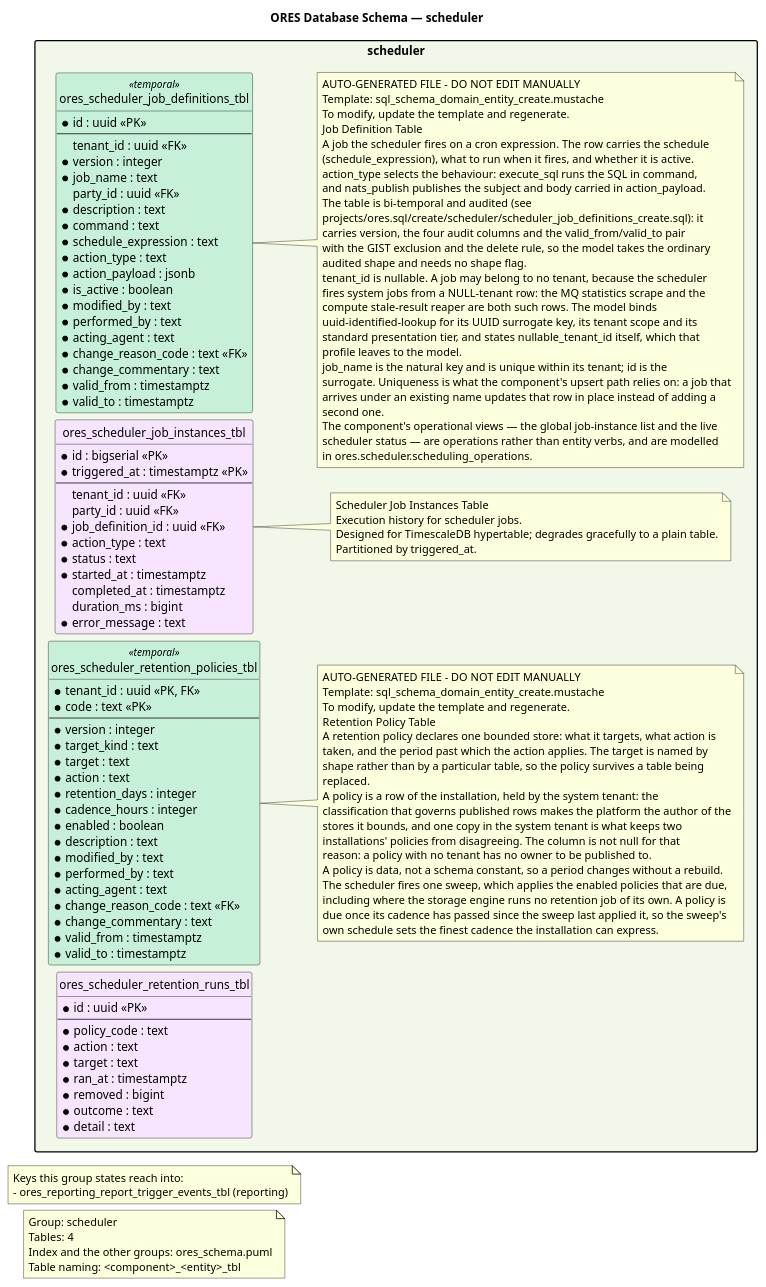
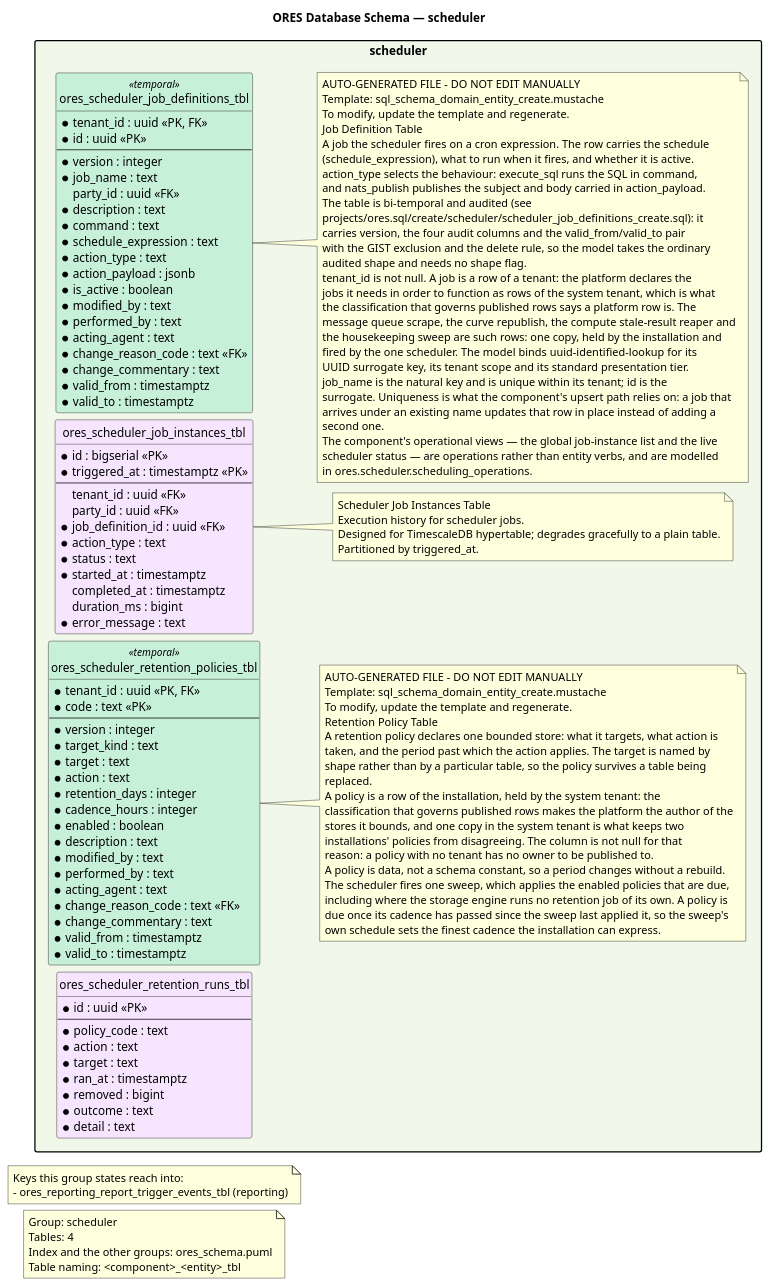
One commit to OreStudio/OreStudio changed the diagram in projects/ores.sql/modeling/ores_schema.scheduler.puml. Above: the diagram before and after it, drawn with PlantUML. The commit also changed 13 other files, not shown here.

```diff
--- a/projects/ores.sql/modeling/ores_schema.scheduler.puml
+++ b/projects/ores.sql/modeling/ores_schema.scheduler.puml
@@ -21,166 +21,167 @@
 @startuml
 
 title ORES Database Schema — scheduler
 hide circle
 skinparam linetype ortho
 
 ' Layout: left-to-right stacks packages vertically
 left to right direction
 skinparam packageStyle rectangle
 skinparam nodesep 8
 skinparam ranksep 20
 
 note as GroupNote
 Group: scheduler
 Tables: 4
 Index and the other groups: ores_schema.puml
 Table naming: <component>_<entity>_tbl
 end note
 
 note as OtherGroups
 Keys this group states reach into:
 - ores_reporting_report_trigger_events_tbl (reporting)
 end note
 
 '
 ' ==================== scheduler (Job Scheduler) ====================
 '
 package "scheduler" #F1F8E9 {
     entity ores_scheduler_job_definitions_tbl <<temporal>> #C6F0D8 {
+        * tenant_id : uuid <<PK, FK>>
         * id : uuid <<PK>>
         --
-          tenant_id : uuid <<FK>>
         * version : integer
         * job_name : text
           party_id : uuid <<FK>>
         * description : text
         * command : text
         * schedule_expression : text
         * action_type : text
         * action_payload : jsonb
         * is_active : boolean
         * modified_by : text
         * performed_by : text
         * acting_agent : text
         * change_reason_code : text <<FK>>
         * change_commentary : text
         * valid_from : timestamptz
         * valid_to : timestamptz
     }
 
     note right of ores_scheduler_job_definitions_tbl
     AUTO-GENERATED FILE - DO NOT EDIT MANUALLY
     Template: sql_schema_domain_entity_create.mustache
     To modify, update the template and regenerate.
     Job Definition Table
     A job the scheduler fires on a cron expression. The row carries the schedule
     (schedule_expression), what to run when it fires, and whether it is active.
     action_type selects the behaviour: execute_sql runs the SQL in command,
     and nats_publish publishes the subject and body carried in action_payload.
     The table is bi-temporal and audited (see
     projects/ores.sql/create/scheduler/scheduler_job_definitions_create.sql): it
     carries version, the four audit columns and the valid_from/valid_to pair
     with the GIST exclusion and the delete rule, so the model takes the ordinary
     audited shape and needs no shape flag.
-    tenant_id is nullable. A job may belong to no tenant, because the scheduler
-    fires system jobs from a NULL-tenant row: the MQ statistics scrape and the
-    compute stale-result reaper are both such rows. The model binds
-    uuid-identified-lookup for its UUID surrogate key, its tenant scope and its
-    standard presentation tier, and states nullable_tenant_id itself, which that
-    profile leaves to the model.
+    tenant_id is not null. A job is a row of a tenant: the platform declares the
+    jobs it needs in order to function as rows of the system tenant, which is what
+    the classification that governs published rows says a platform row is. The
+    message queue scrape, the curve republish, the compute stale-result reaper and
+    the housekeeping sweep are such rows: one copy, held by the installation and
+    fired by the one scheduler. The model binds uuid-identified-lookup for its
+    UUID surrogate key, its tenant scope and its standard presentation tier.
     job_name is the natural key and is unique within its tenant; id is the
     surrogate. Uniqueness is what the component's upsert path relies on: a job that
     arrives under an existing name updates that row in place instead of adding a
     second one.
     The component's operational views — the global job-instance list and the live
     scheduler status — are operations rather than entity verbs, and are modelled
     in ores.scheduler.scheduling_operations.
     end note
 
     entity ores_scheduler_job_instances_tbl  #F7E5FF {
         * id : bigserial <<PK>>
         * triggered_at : timestamptz <<PK>>
         --
           tenant_id : uuid <<FK>>
           party_id : uuid <<FK>>
         * job_definition_id : uuid <<FK>>
         * action_type : text
         * status : text
         * started_at : timestamptz
           completed_at : timestamptz
           duration_ms : bigint
         * error_message : text
     }
 
     note right of ores_scheduler_job_instances_tbl
     Scheduler Job Instances Table
     Execution history for scheduler jobs.
     Designed for TimescaleDB hypertable; degrades gracefully to a plain table.
     Partitioned by triggered_at.
     end note
 
     entity ores_scheduler_retention_policies_tbl <<temporal>> #C6F0D8 {
         * tenant_id : uuid <<PK, FK>>
         * code : text <<PK>>
         --
         * version : integer
         * target_kind : text
         * target : text
         * action : text
         * retention_days : integer
         * cadence_hours : integer
         * enabled : boolean
         * description : text
         * modified_by : text
         * performed_by : text
         * acting_agent : text
         * change_reason_code : text <<FK>>
         * change_commentary : text
         * valid_from : timestamptz
         * valid_to : timestamptz
     }
 
     note right of ores_scheduler_retention_policies_tbl
     AUTO-GENERATED FILE - DO NOT EDIT MANUALLY
     Template: sql_schema_domain_entity_create.mustache
     To modify, update the template and regenerate.
     Retention Policy Table
     A retention policy declares one bounded store: what it targets, what action is
     taken, and the period past which the action applies. The target is named by
     shape rather than by a particular table, so the policy survives a table being
     replaced.
     A policy is a row of the installation, held by the system tenant: the
     classification that governs published rows makes the platform the author of the
     stores it bounds, and one copy in the system tenant is what keeps two
     installations' policies from disagreeing. The column is not null for that
     reason: a policy with no tenant has no owner to be published to.
     A policy is data, not a schema constant, so a period changes without a rebuild.
     The scheduler fires one sweep, which applies the enabled policies that are due,
     including where the storage engine runs no retention job of its own. A policy is
     due once its cadence has passed since the sweep last applied it, so the sweep's
     own schedule sets the finest cadence the installation can express.
     end note
 
     entity ores_scheduler_retention_runs_tbl  #F7E5FF {
         * id : uuid <<PK>>
         --
         * policy_code : text
         * action : text
         * target : text
         * ran_at : timestamptz
         * removed : bigint
         * outcome : text
         * detail : text
     }
 
 }
 
 
 '
 ' ==================== Relationships ====================
 '
 
 ' Local Variables:
 ' compile-command: "java -Djava.awt.headless=true -DPLANTUML_LIMIT_SIZE=131072 -jar /usr/share/plantuml/plantuml.jar ores_schema.scheduler.puml"
 ' End:
 @enduml
```
